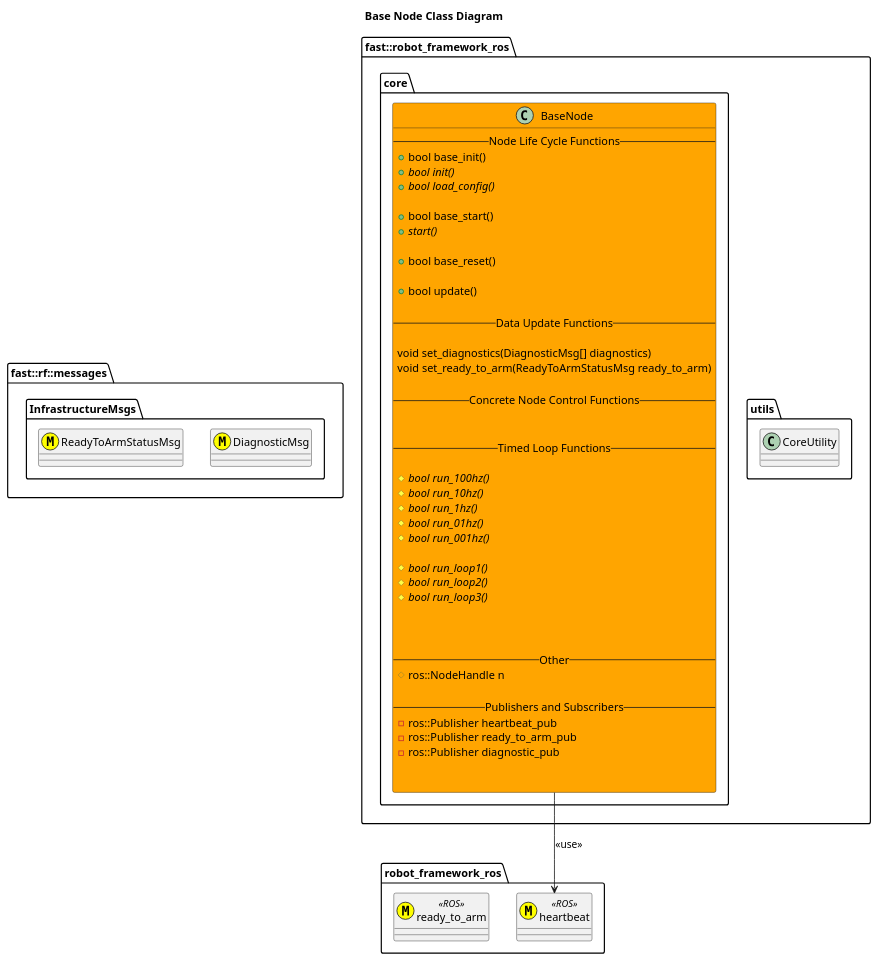
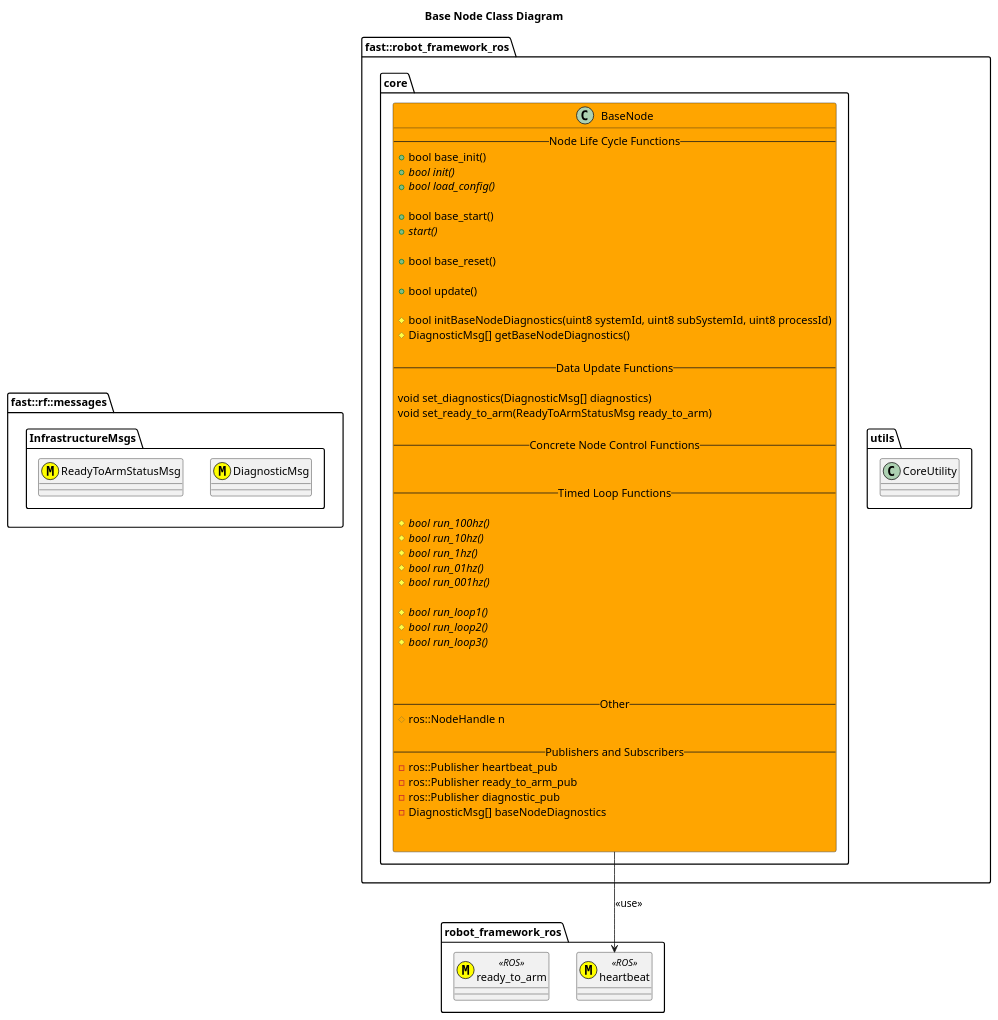
One commit to fastrobotics/robot_framework_ros changed the diagram in include/robot_framework_ros/doc/puml/BaseNodeClassDiagram.puml. Above: the diagram before and after it, drawn with PlantUML. The commit also changed 8 other files, not shown here.

```diff
--- a/include/robot_framework_ros/doc/puml/BaseNodeClassDiagram.puml
+++ b/include/robot_framework_ros/doc/puml/BaseNodeClassDiagram.puml
@@ -1,67 +1,71 @@
 @startuml
 title Base Node Class Diagram
 namespace fast::rf::messages {
     namespace InfrastructureMsgs {
         class DiagnosticMsg <<(M,#FFFF00)>>
         class ReadyToArmStatusMsg <<(M,#FFFF00)>>
     }
 }
 namespace robot_framework_ros {
     class heartbeat <<(M,#FFFF00)>> <<ROS>>
     class ready_to_arm <<(M,#FFFF00)>> <<ROS>>
 }
 namespace fast::robot_framework_ros {
     namespace utils {
         class CoreUtility
     }
     namespace core {
         class BaseNode #Orange{
             --Node Life Cycle Functions--
             +bool base_init()
             +{abstract} bool init()
             +{abstract} bool load_config()
 
             +bool base_start()
             +{abstract} start()
 
             +bool base_reset()
 
             +bool update()
 
+            #bool initBaseNodeDiagnostics(uint8 systemId, uint8 subSystemId, uint8 processId)
+            #DiagnosticMsg[] getBaseNodeDiagnostics()
+
             --Data Update Functions--
             
             void set_diagnostics(DiagnosticMsg[] diagnostics)
             void set_ready_to_arm(ReadyToArmStatusMsg ready_to_arm)
 
             --Concrete Node Control Functions--
 
             
             --Timed Loop Functions--
             
             #{abstract} bool run_100hz()
             #{abstract} bool run_10hz()
             #{abstract} bool run_1hz()
             #{abstract} bool run_01hz()
             #{abstract} bool run_001hz()
 
             #{abstract} bool run_loop1()
             #{abstract} bool run_loop2()
             #{abstract} bool run_loop3()
             
             
 
             --Other--
             #ros::NodeHandle n
 
             --Publishers and Subscribers--
             -ros::Publisher heartbeat_pub
             -ros::Publisher ready_to_arm_pub
             -ros::Publisher diagnostic_pub
+            -DiagnosticMsg[] baseNodeDiagnostics
 
 
         }
         BaseNode --> heartbeat: <<use>>
 
     }
 }
 @enduml
```
